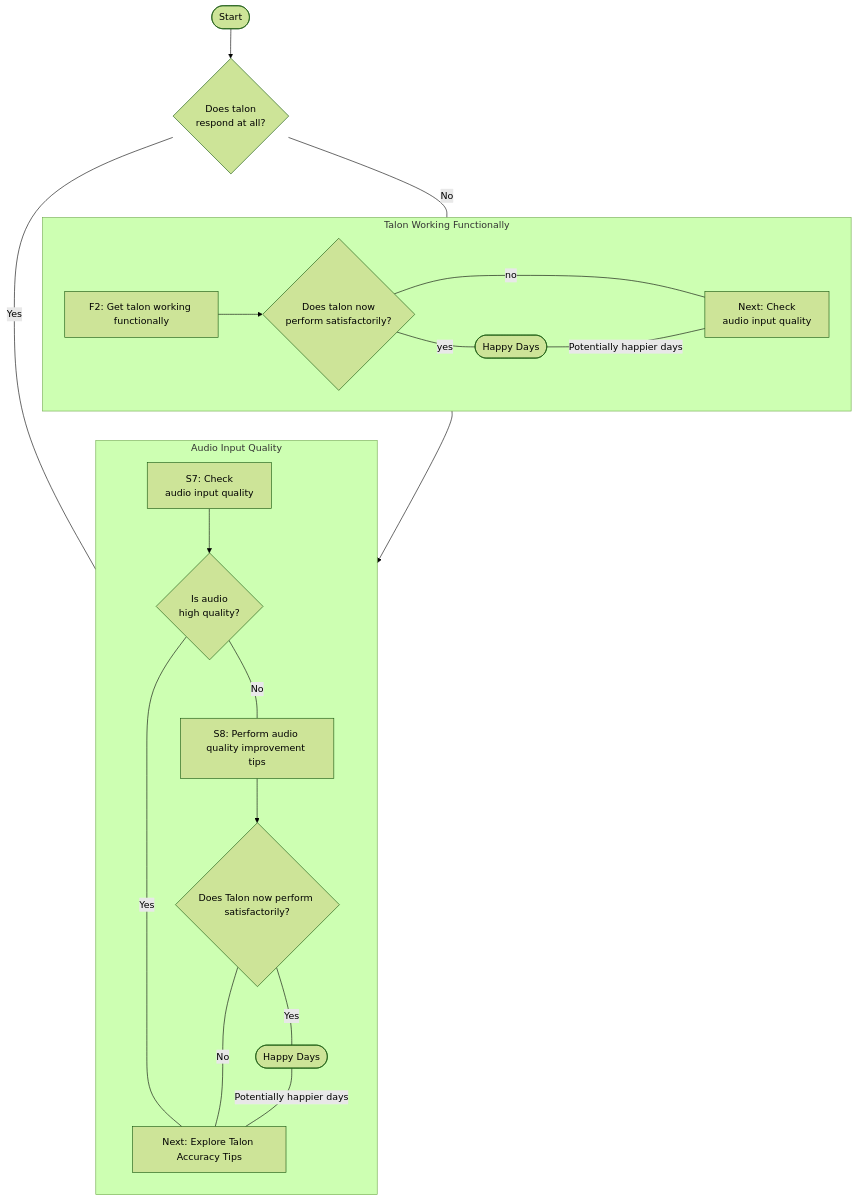
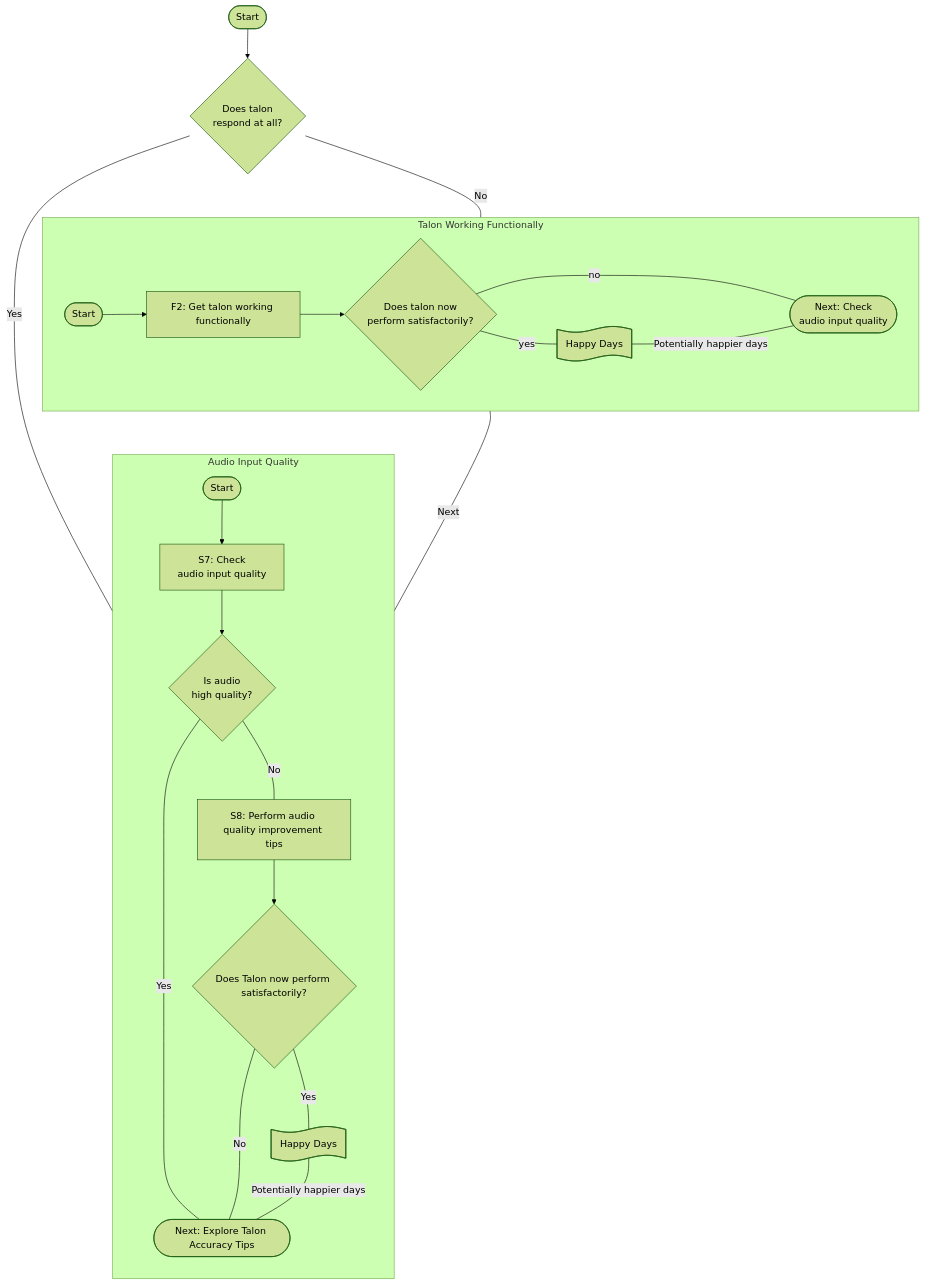
Before and after one commit to TalonCommunity/Wiki: the first of 2 diagrams in docs/Resource Hub/Troubleshooting/basic-issues.md, drawn with Mermaid (forest theme). The commit also changed other lines of this file, not shown here.

````diff
--- a/docs/Resource Hub/Troubleshooting/basic-issues.md
+++ b/docs/Resource Hub/Troubleshooting/basic-issues.md
@@ -9,52 +9,63 @@
 ```mermaid
 graph TB
     start@{ shape: stadium, label: "Start"}
     start-->S1
 
     S1{Does talon 
-    respond at all?}
-    S1-- No ---group_talon_functional
-    S1-- Yes ---group_audio_quality
+        respond at all?}
+    S1-- No ---g1_talon_functional
+    S1-- Yes ---g2_audio_quality
 
-    subgraph group_talon_functional["Talon Working Functionally"]
-        talon_working_functionally[F2: Get talon working functionally]
-        talon_working_functionally-->test
+    subgraph g1_talon_functional["Talon Working Functionally"]
+        g1_start@{ shape: stadium, label: "Start"}
+        g1_start-->g1_step1
 
-        test{Does talon now 
-        perform satisfactorily?}
-        test-- yes ---happy_days1
-        test-- no ---next_audio_quality
-        next_audio_quality[Next: Check 
-        audio input quality]
-        happy_days1@{ shape: stadium, label: "Happy Days"}
-        happy_days1-- Potentially happier days ---next_audio_quality
+        g1_step1[F2: Get talon working functionally]
+        g1_step1-->g1_test
+
+        g1_test{Does talon now 
+            perform satisfactorily?}
+        g1_test-- yes ---g1_happy_days
+        g1_test-- no ---g1_next
+
+        g1_next@{ shape: stadium, label: "Next: Check 
+            audio input quality"}
+
+        g1_happy_days@{ shape: flag, label: "Happy Days"}
+        g1_happy_days-- Potentially happier days ---g1_next
     end
 
-    subgraph group_audio_quality["Audio Input Quality"]
+    subgraph g2_audio_quality["Audio Input Quality"]
         direction TB
-        F4A[S7: Check 
+        g2_start@{ shape: stadium, label: "Start"}
+        g2_start-->g2_check
+
+        g2_check[S7: Check 
             audio input quality]
 
-        F4A-->F4B
+        g2_check-->g2_q1
 
-        F4B{Is audio 
+        g2_q1{Is audio 
             high quality?}
-        F4B-- No ---F4C
-        F4B-- Yes ---talon_accuracy[Next: Explore Talon Accuracy Tips]
+        g2_q1-- No ---g2_q2
+        g2_q1-- Yes ---g2_next[Next: Explore Talon Accuracy Tips]
 
-        F4C[S8: Perform audio quality improvement tips]
-        F4C-->F4D
+        g2_q2[S8: Perform audio quality improvement tips]
+        g2_q2-->g2_q3
 
-        F4D{Does Talon now perform satisfactorily?}
-        F4D-- Yes ---happy_days4
-        F4D-- No ---talon_accuracy
-        happy_days4@{ shape: stadium, label: "Happy Days"}
-        happy_days4-- Potentially happier days ---talon_accuracy
+        g2_q3{Does Talon now perform satisfactorily?}
+        g2_q3-- Yes ---g2_happy_days
+        g2_q3-- No ---g2_next
+
+        g2_happy_days@{ shape: flag, label: "Happy Days"}
+        g2_happy_days-- Potentially happier days ---g2_next
+
+        g2_next@{ shape: stadium, label: "Next: Explore Talon Accuracy Tips"}
     end
     %% the following link is "invisible" and is only present for improving the layout %%
-    group_talon_functional ~~~ group_audio_quality
+    g1_talon_functional ~~~ g2_audio_quality
 
-    group_talon_functional-->group_audio_quality
+    g1_talon_functional-- Next ---g2_audio_quality
 
 
 ```
````
